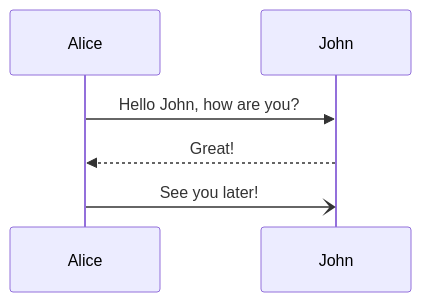
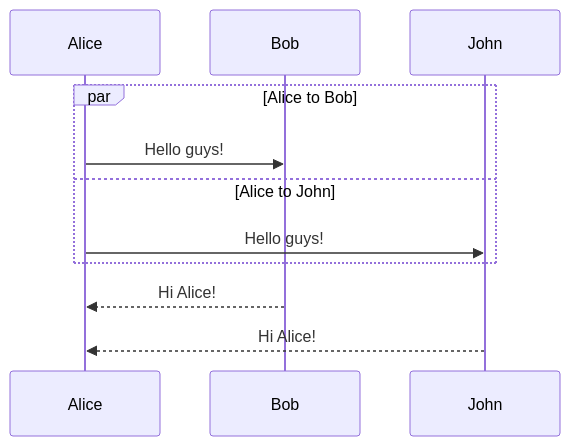
The diagram in README.md (PaolaVPV/diagrama), drawn with Mermaid before and after one commit.

````diff
--- a/README.md
+++ b/README.md
@@ -3,8 +3,10 @@
 ```mermaid
-sequenceDiagram;
-    Alice->>John: Hello John, how are you?;
-    John-->>Alice: Great!;
-    Alice-)John: See you later!;
-
-
+sequenceDiagram
+    par Alice to Bob
+        Alice->>Bob: Hello guys!
+    and Alice to John
+        Alice->>John: Hello guys!
+    end
+    Bob-->>Alice: Hi Alice!
+    John-->>Alice: Hi Alice!
 ```
````
